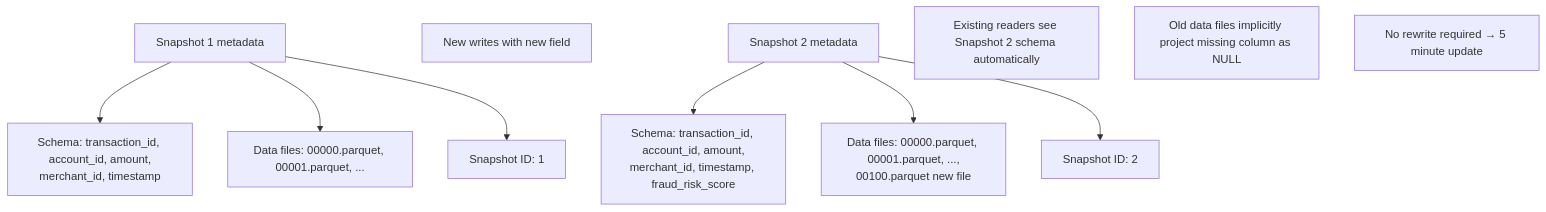
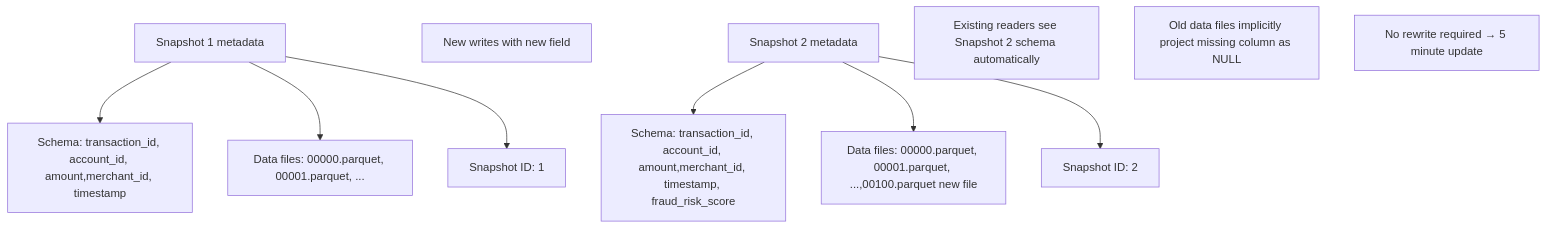
The second of 3 diagrams in docs/architecture/iceberg-design.md (naren-chakraview/chakraview-fintech-data-mesh), drawn with Mermaid before and after one commit. The commit also changed 9 other files, not shown here.

Commit message:
fix: remove HTML br tags from mermaid diagrams and fix diagram syntax for v11 compatibility

````diff
--- a/docs/architecture/iceberg-design.md
+++ b/docs/architecture/iceberg-design.md
@@ -72,18 +72,18 @@
 ```mermaid
 graph TD
     A["Snapshot 1 metadata"]
-    A --> A1["Schema: transaction_id, account_id, amount,<br/>merchant_id, timestamp"]
+    A --> A1["Schema: transaction_id, account_id, amount,merchant_id, timestamp"]
     A --> A2["Data files: 00000.parquet, 00001.parquet, ..."]
     A --> A3["Snapshot ID: 1"]
     
     B["New writes with new field"]
     
     C["Snapshot 2 metadata"]
-    C --> C1["Schema: transaction_id, account_id, amount,<br/>merchant_id, timestamp, fraud_risk_score"]
-    C --> C2["Data files: 00000.parquet, 00001.parquet, ...,<br/>00100.parquet new file"]
+    C --> C1["Schema: transaction_id, account_id, amount,merchant_id, timestamp, fraud_risk_score"]
+    C --> C2["Data files: 00000.parquet, 00001.parquet, ...,00100.parquet new file"]
     C --> C3["Snapshot ID: 2"]
     
     D["Existing readers see Snapshot 2 schema automatically"]
     E["Old data files implicitly project missing column as NULL"]
     F["No rewrite required → 5 minute update"]
 ```
````
